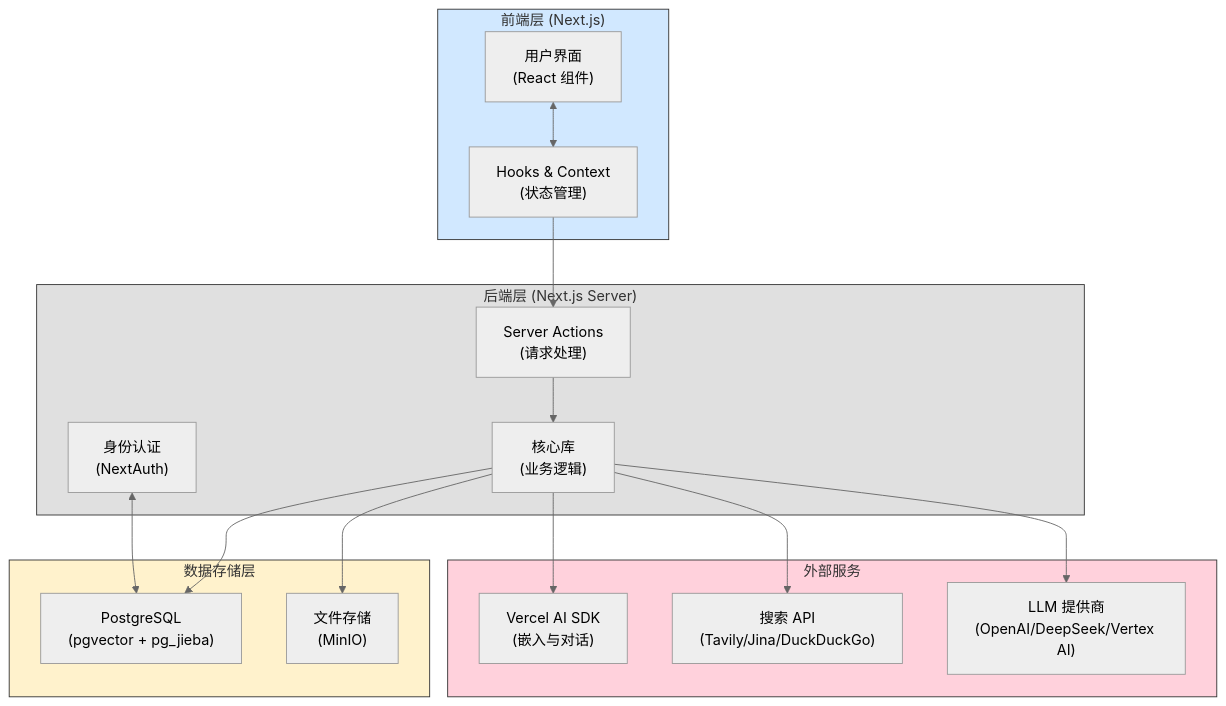
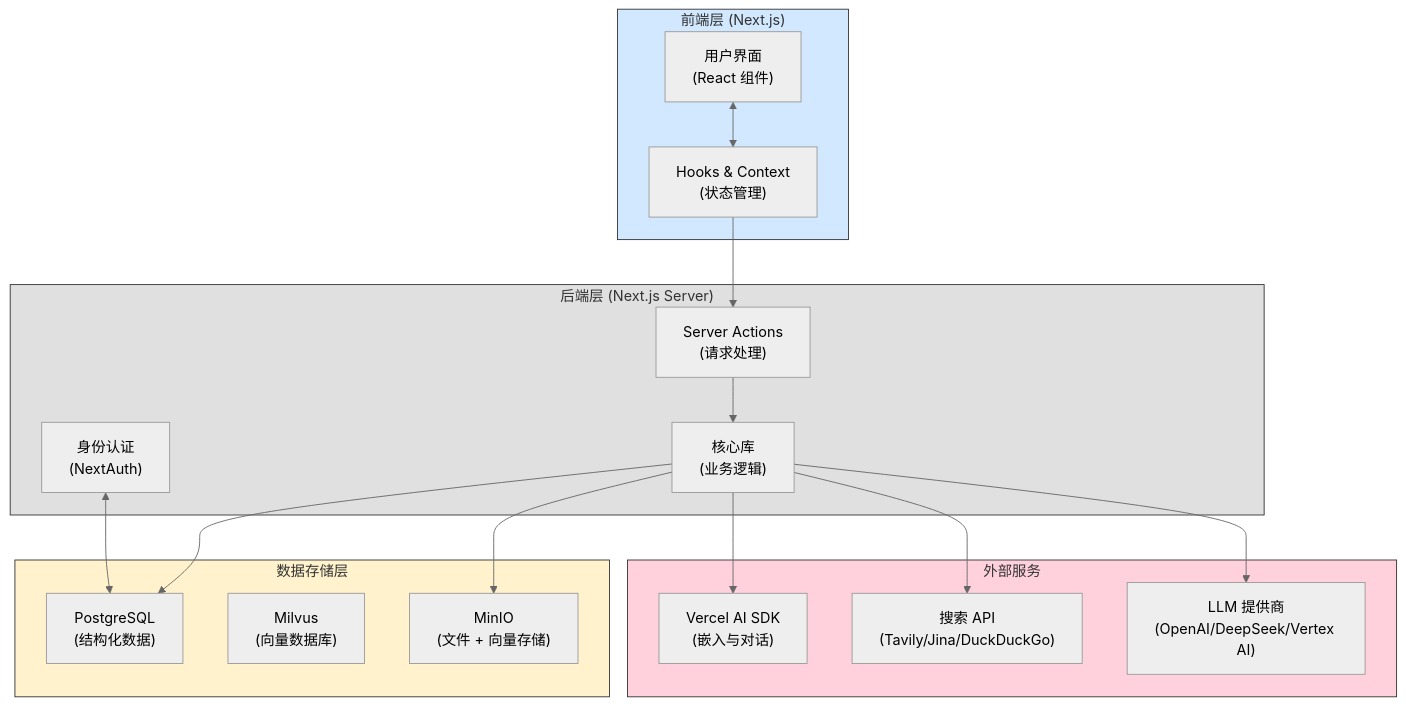
One commit to hint-lab/deepmed-search changed the diagram in README.zh-CN.md. Above: the diagram before and after it, drawn with Mermaid (neutral theme). The commit also changed other lines of this file and 5 other files, not shown here.

Commit message:
Update Milvus version in docker-compose, enhance README and README.zh-CN with Milvus integration details, and remove obsolete PostgreSQL scripts related to pgvector and jieba.

````diff
--- a/README.zh-CN.md
+++ b/README.zh-CN.md
@@ -80,46 +79,47 @@
 ```mermaid
 graph TD
     subgraph Frontend["前端层 (Next.js)"]
         UI["用户界面<br/>(React 组件)"]
         Hooks["Hooks & Context<br/>(状态管理)"]
     end
 
     subgraph Backend["后端层 (Next.js Server)"]
         Actions["Server Actions<br/>(请求处理)"]
         Lib["核心库<br/>(业务逻辑)"]
         Auth["身份认证<br/>(NextAuth)"]
     end
 
     subgraph Storage["数据存储层"]
-        PG["PostgreSQL<br/>(pgvector + pg_jieba)"]
-        Files["文件存储<br/>(MinIO)"]
+        PG["PostgreSQL<br/>(结构化数据)"]
+        Milvus["Milvus<br/>(向量数据库)"]
+        Files["MinIO<br/>(文件 + 向量存储)"]
     end
 
     subgraph External["外部服务"]
         AISDK["Vercel AI SDK<br/>(嵌入与对话)"]
         SearchAPI["搜索 API<br/>(Tavily/Jina/DuckDuckGo)"]
         LLMProviders["LLM 提供商<br/>(OpenAI/DeepSeek/Vertex AI)"]
     end
 
     %% 连接关系
     UI <--> Hooks
     Hooks --> Actions
     Actions --> Lib
     Lib --> PG
     Lib --> Files
     Lib --> AISDK
     Lib --> SearchAPI
     Lib --> LLMProviders
     Auth <--> PG
 
     %% 样式
     classDef frontend fill:#D1E8FF,stroke:#333
     classDef backend fill:#E0E0E0,stroke:#333
     classDef database fill:#FFF2CC,stroke:#333
     classDef external fill:#FFD1DC,stroke:#333
 
     class Frontend frontend
     class Backend backend
     class Storage database
     class External external
 ```
````
